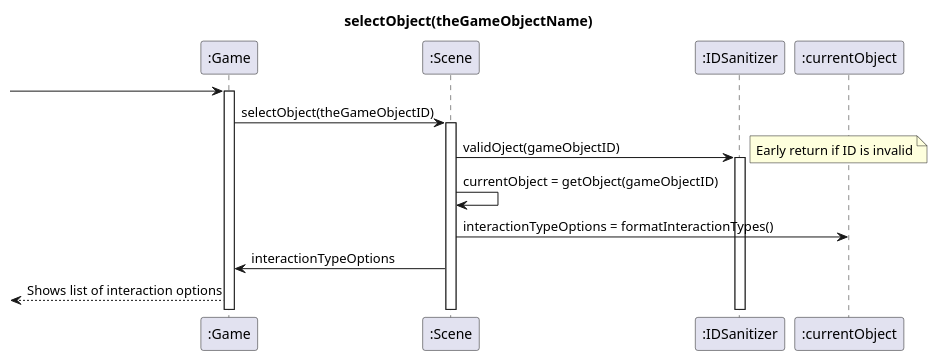
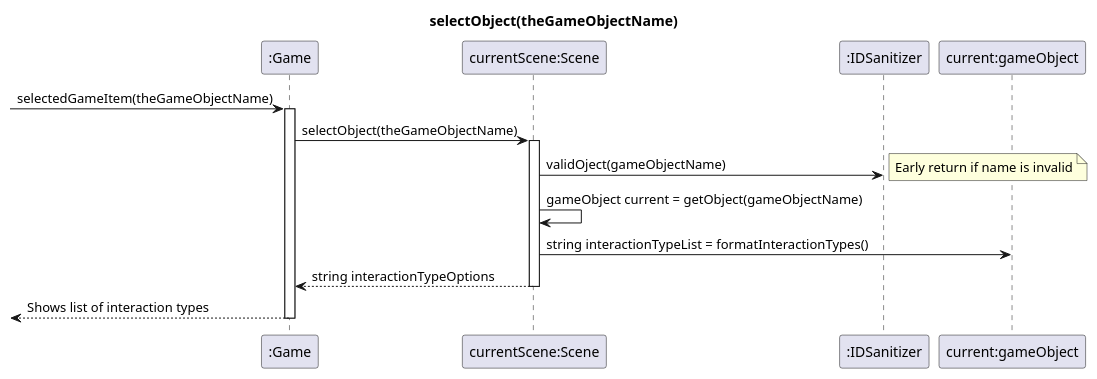
The diagram in selectObject.pu (NoahHakansson/SE-PA1460), drawn with PlantUML before and after one commit.

Commit message:
Added more information and polished already existing diagram

```diff
--- a/selectObject.pu
+++ b/selectObject.pu
@@ -1,14 +1,14 @@
 @startuml
 title selectObject(theGameObjectName)
-[-> ":Game" ++
-":Game" -> ":Scene" ++ : selectObject(theGameObjectID)
+[-> ":Game" ++: selectedGameItem(theGameObjectName)
+":Game" -> "currentScene:Scene" ++ : selectObject(theGameObjectName)
 
-":Scene" -> ":IDSanitizer" ++: validOject(gameObjectID)
-note right: Early return if ID is invalid
-":Scene" -> ":Scene": currentObject = getObject(gameObjectID)
-":Scene" -> ":currentObject": interactionTypeOptions = formatInteractionTypes()
-":Game" <- ":Scene": interactionTypeOptions
-":Game" -->[: Shows list of interaction options
+"currentScene:Scene" -> ":IDSanitizer" : validOject(gameObjectName)
+note right: Early return if name is invalid
+"currentScene:Scene" -> "currentScene:Scene": gameObject current = getObject(gameObjectName)
+"currentScene:Scene" -> "current:gameObject": string interactionTypeList = formatInteractionTypes()
+return string interactionTypeOptions
+return Shows list of interaction types
  
 
 @enduml
```
